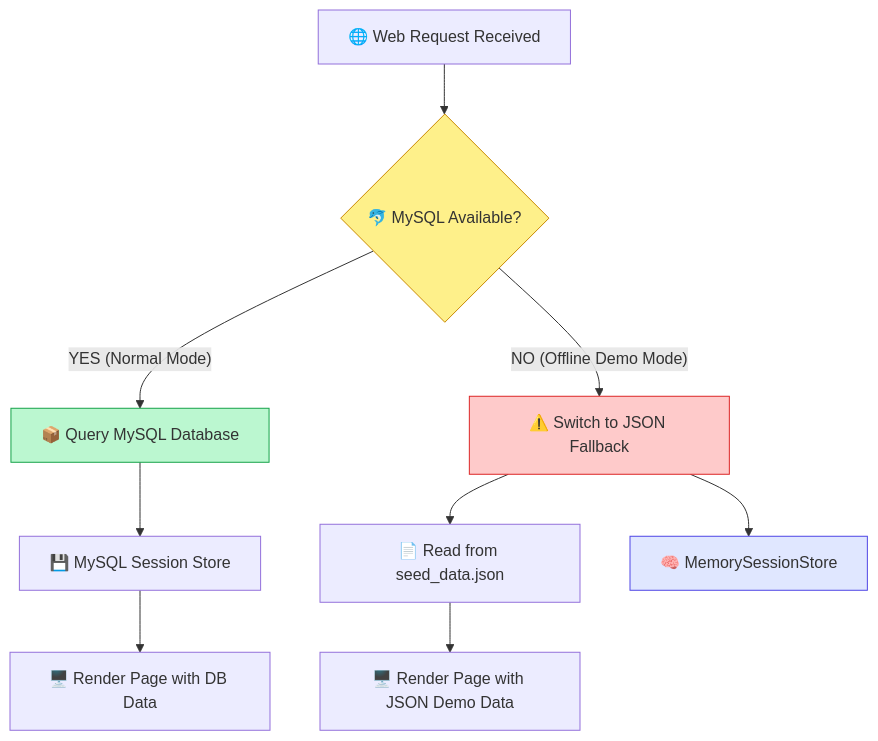
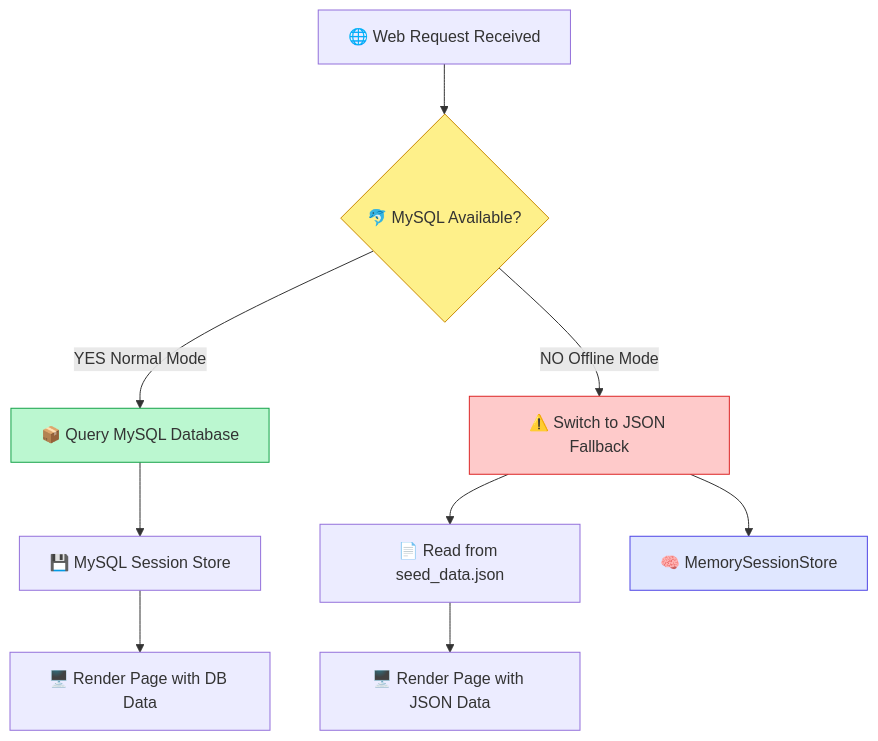
The third of 5 diagrams in PROJECT_GUIDE_BN.md (CodeWithPritom/EWUELS-Project), drawn with Mermaid before and after one commit. The commit also changed other lines of this file, not shown here.

````diff
--- a/PROJECT_GUIDE_BN.md
+++ b/PROJECT_GUIDE_BN.md
@@ -95,18 +95,18 @@
 ```mermaid
 graph TD
     A["🌐 Web Request Received"] --> B{"🐬 MySQL Available?"}
     
-    B -->|"YES (Normal Mode)"| C["📦 Query MySQL Database"]
+    B -->|YES Normal Mode| C["📦 Query MySQL Database"]
     C --> D["💾 MySQL Session Store"]
     D --> E["🖥️ Render Page with DB Data"]
 
-    B -->|"NO (Offline Demo Mode)"| F["⚠️ Switch to JSON Fallback"]
+    B -->|NO Offline Mode| F["⚠️ Switch to JSON Fallback"]
     F --> G["📄 Read from seed_data.json"]
     F --> H["🧠 MemorySessionStore"]
-    G --> I["🖥️ Render Page with JSON Demo Data"]
+    G --> I["🖥️ Render Page with JSON Data"]
 
     style B fill:#fef08a,stroke:#ca8a04
     style C fill:#bbf7d0,stroke:#16a34a
     style F fill:#fecaca,stroke:#dc2626
     style H fill:#e0e7ff,stroke:#4f46e5
 ```
````
